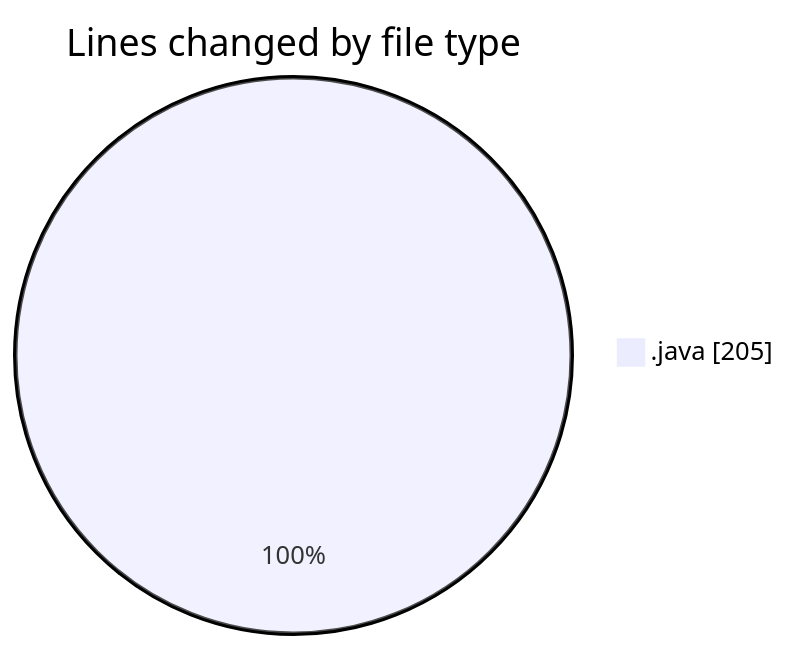
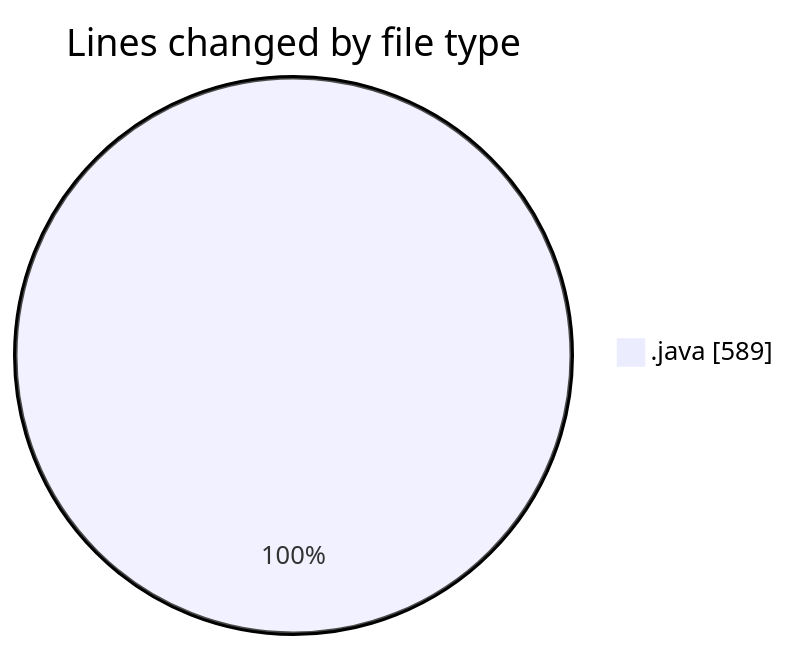
Before and after one commit to hasnaa123/code-tracking: the first of 2 diagrams in 2026-02-14/java/README.md, drawn with Mermaid. The commit also changed other lines of this file and 1 other file, not shown here.

````diff
--- a/2026-02-14/java/README.md
+++ b/2026-02-14/java/README.md
@@ -24,5 +28,5 @@
 ```mermaid
 pie showData
 title Lines changed by file type
-".java" : 205
+".java" : 589
 ```
````
